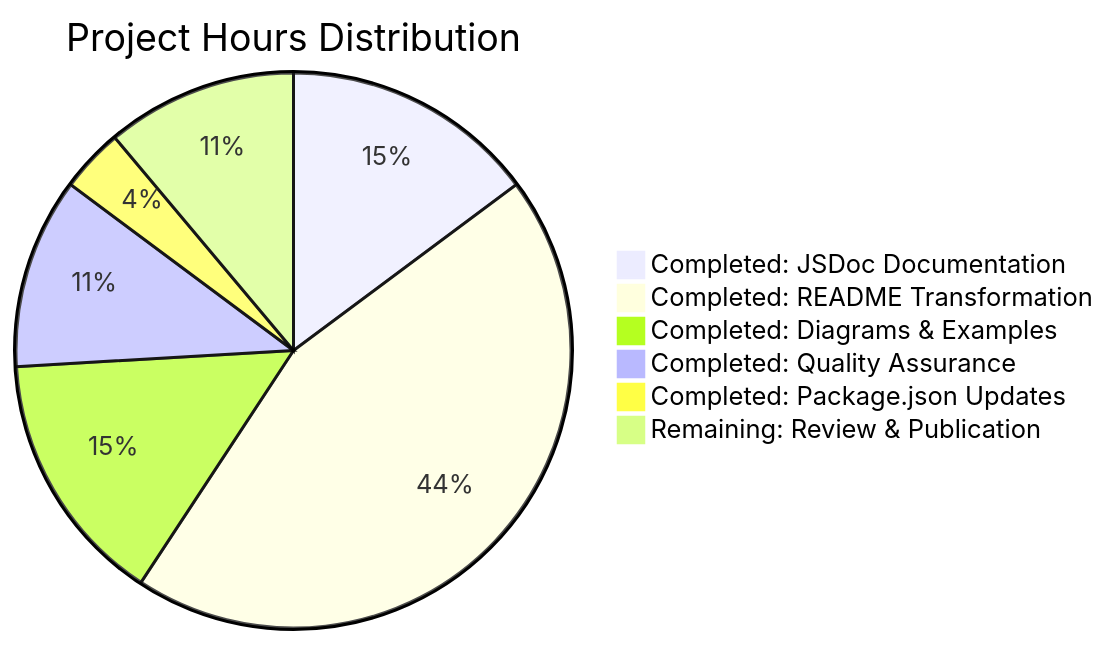
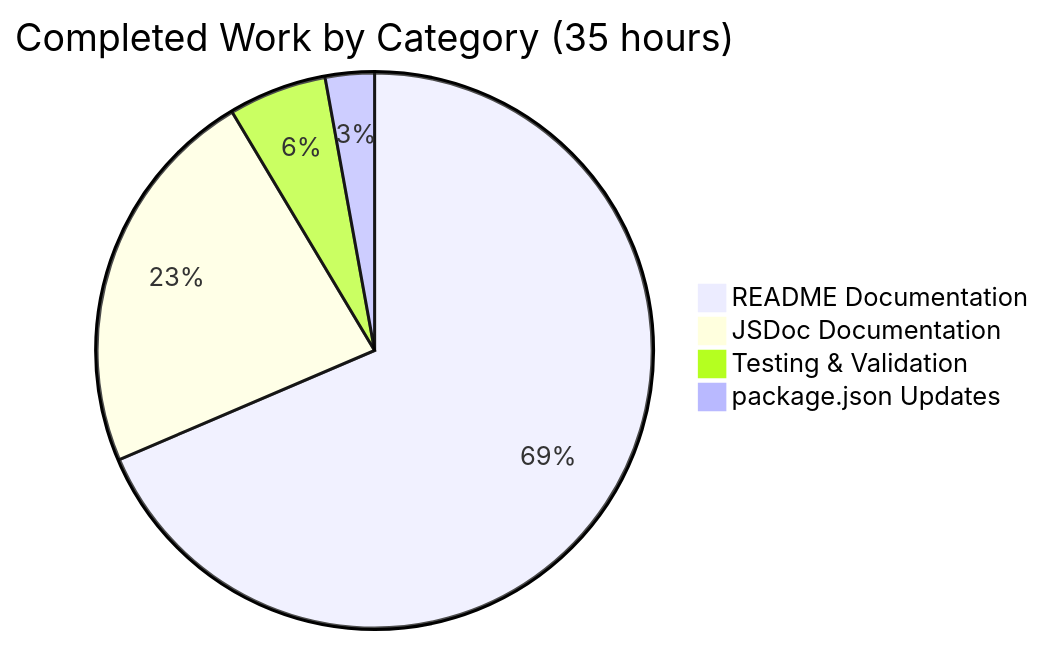
The second of 2 diagrams in blitzy/documentation/Project Guide.md (lakshya-blitzy/hello_world_Oct_2025), drawn with Mermaid before and after one commit. The commit also changed other lines of this file, not shown here.

Commit message:
Adding Blitzy Project Guide: Project Status and Human Tasks Remaining

````diff
--- a/blitzy/documentation/Project Guide.md
+++ b/blitzy/documentation/Project Guide.md
@@ -292,9 +149,7 @@
 ```mermaid
-pie title Project Hours Distribution
-    "Completed: JSDoc Documentation" : 8
-    "Completed: README Transformation" : 24
-    "Completed: Diagrams & Examples" : 8
-    "Completed: Quality Assurance" : 6
-    "Completed: Package.json Updates" : 2
-    "Remaining: Review & Publication" : 6
+pie title Completed Work by Category (35 hours)
+    "README Documentation" : 24
+    "JSDoc Documentation" : 8
+    "Testing & Validation" : 2
+    "package.json Updates" : 1
 ```
````
